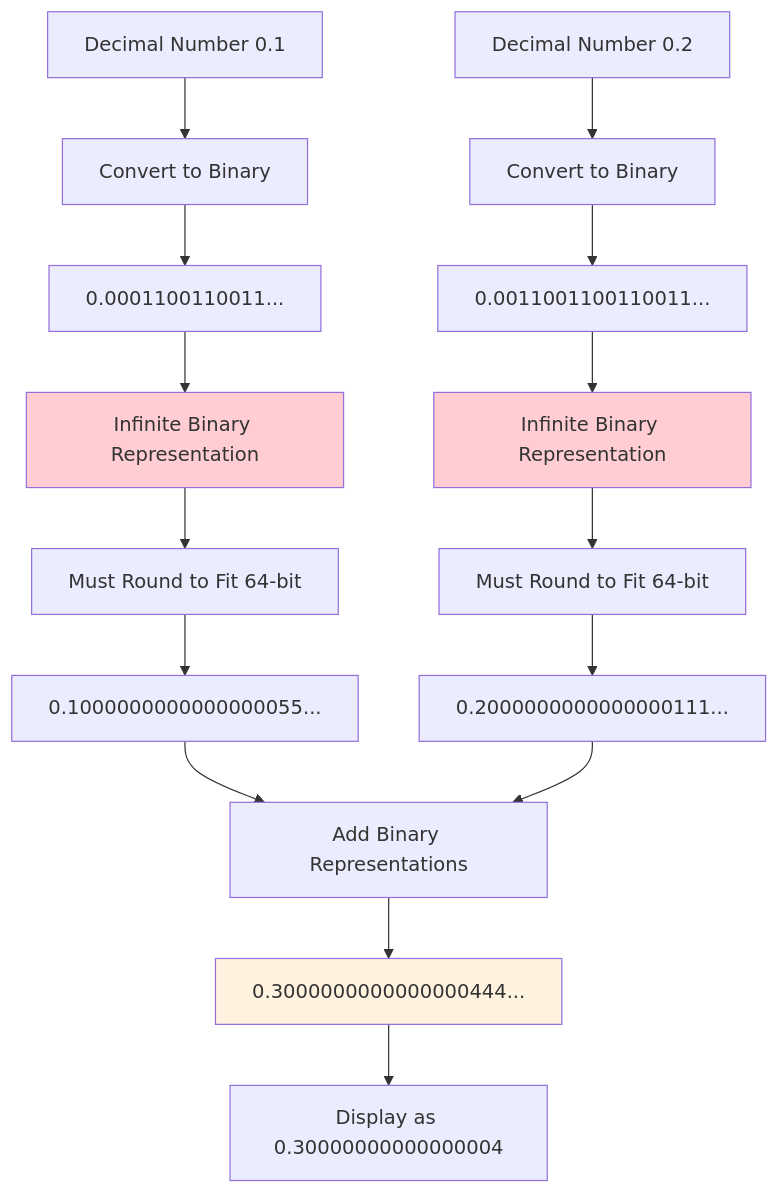
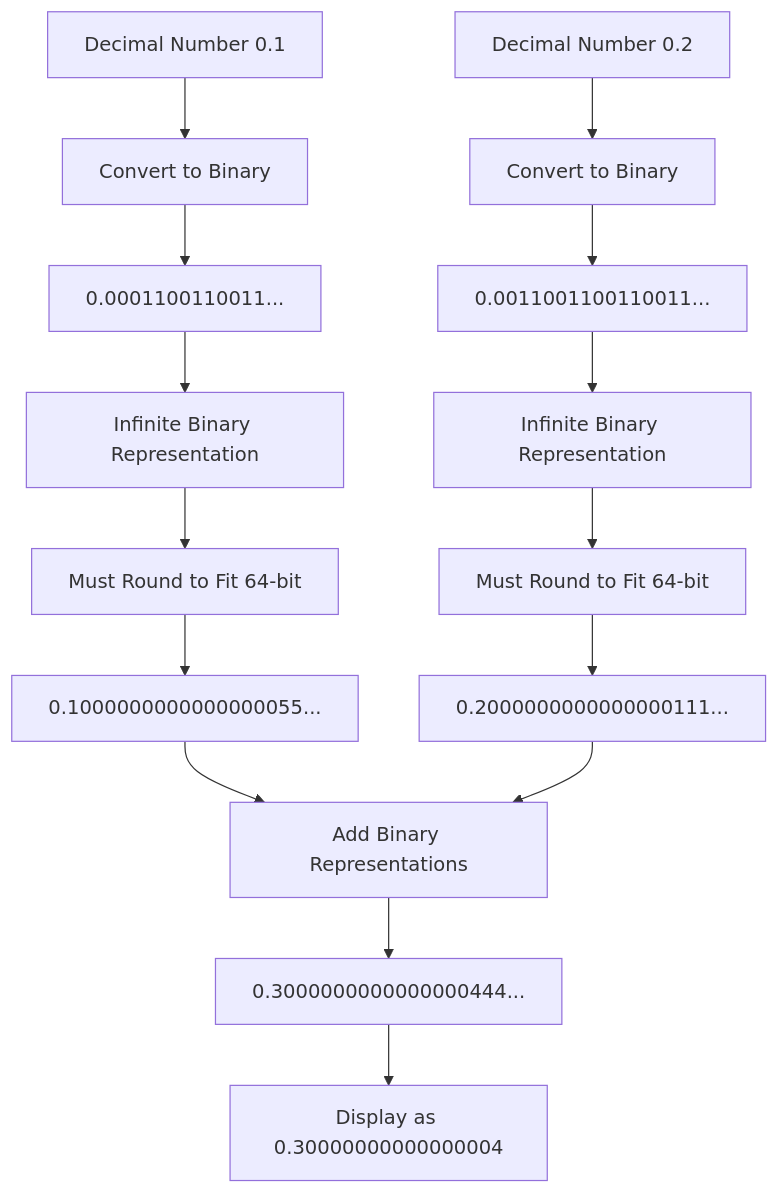
One commit to shapkarin/shapkarin.me changed the diagram in public/api/articles/floating-point-precision.md. Above: the diagram before and after it, drawn with Mermaid. The commit also changed other lines of this file and 67 other files, not shown here.

````diff
--- a/public/api/articles/floating-point-precision.md
+++ b/public/api/articles/floating-point-precision.md
@@ -25,23 +28,19 @@
 ```mermaid
 graph TD
     A[Decimal Number 0.1] --> B[Convert to Binary]
     B --> C[0.0001100110011...]
     C --> D[Infinite Binary Representation]
     D --> E[Must Round to Fit 64-bit]
     E --> F[0.1000000000000000055...]
     
     G[Decimal Number 0.2] --> H[Convert to Binary]
     H --> I[0.0011001100110011...]
     I --> J[Infinite Binary Representation]
     J --> K[Must Round to Fit 64-bit]
     K --> L[0.2000000000000000111...]
     
     F --> M[Add Binary Representations]
     L --> M
     M --> N[0.3000000000000000444...]
     N --> O[Display as 0.30000000000000004]
-    
-    style D fill:#ffcdd2
-    style J fill:#ffcdd2
-    style N fill:#fff3e0
 ```
````
